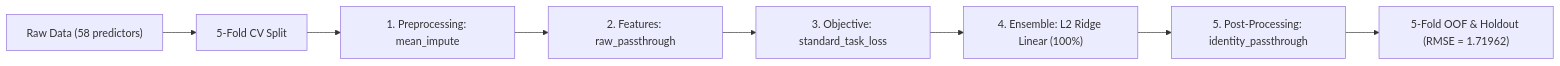
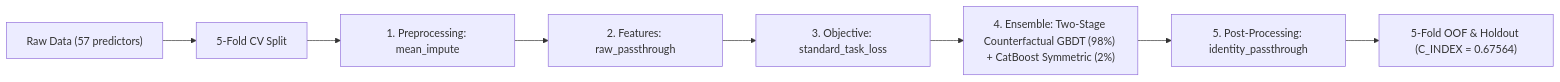
One commit to stefanoclss/CIBMTR-Equity-in-Post-HCT-Survival-Predictions changed the diagram in README.md. Above: the diagram before and after it, drawn with Mermaid. The commit also changed other lines of this file, not shown here.

First line of the commit message:
docs(readme): refresh verified OOF benchmark & build ledger (C_INDEX=0.67564)

````diff
--- a/README.md
+++ b/README.md
@@ -134,10 +138,10 @@
 ```mermaid
 flowchart LR
-    DATA["Raw Data (58 predictors)"] --> SPLIT["5-Fold CV Split"]
+    DATA["Raw Data (57 predictors)"] --> SPLIT["5-Fold CV Split"]
     SPLIT --> PRE["1. Preprocessing: mean_impute"]
     PRE --> FEAT["2. Features: raw_passthrough"]
     FEAT --> OBJ["3. Objective: standard_task_loss"]
-    OBJ --> M0["4. Ensemble: L2 Ridge Linear (100%)"]
+    OBJ --> M0["4. Ensemble: Two-Stage Counterfactual GBDT (98%) + CatBoost Symmetric (2%)"]
     M0 --> POST["5. Post-Processing: identity_passthrough"]
-    POST --> OUT["5-Fold OOF & Holdout (RMSE = 1.71962)"]
+    POST --> OUT["5-Fold OOF & Holdout (C_INDEX = 0.67564)"]
 ```
````
